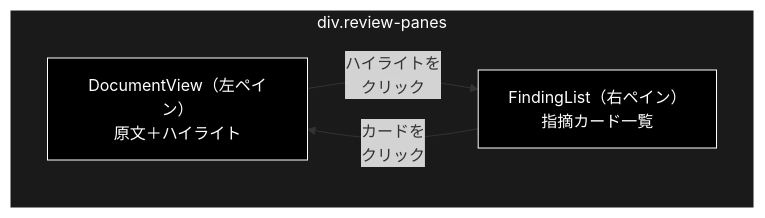
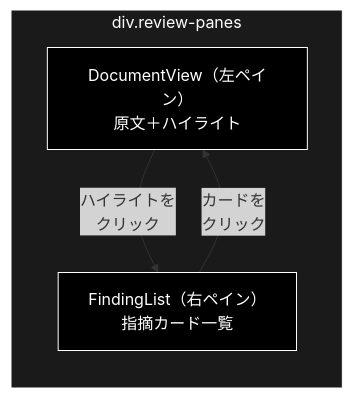
One commit to nakashima2toshio/grace_v2 changed the third of 5 diagrams in README.md. Above: the diagram before and after it, drawn with Mermaid. The commit also changed other lines of this file, not shown here.

````diff
--- a/README.md
+++ b/README.md
@@ -281,13 +282,14 @@
 ```mermaid
 flowchart TB
     subgraph PANES["div.review-panes"]
+        direction TB
         DOC["DocumentView（左ペイン）<br>原文＋ハイライト"]
         LIST["FindingList（右ペイン）<br>指摘カード一覧"]
     end
     DOC -- "ハイライトを<br>クリック" --> LIST
     LIST -- "カードを<br>クリック" --> DOC
 classDef default fill:#000,stroke:#fff,color:#fff
 classDef subgraphStyle fill:#1a1a1a,stroke:#fff,color:#fff
 class DOC,LIST default
 style PANES fill:#1a1a1a,stroke:#fff,color:#fff
 ```
````
